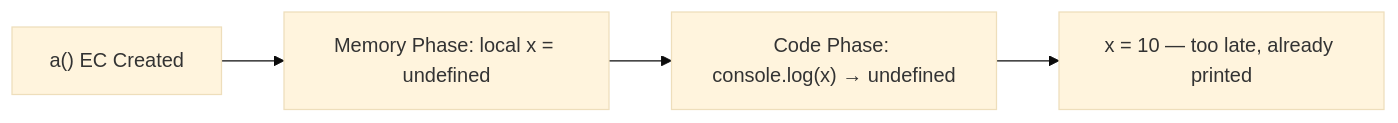
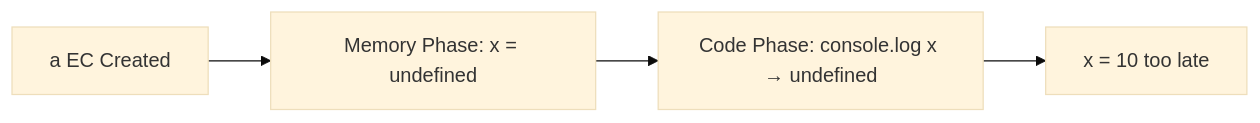
One commit to Kshitijgul/Notes changed the fourth of 30 diagrams in Javascript/Chapter5_Functions.md. Above: the diagram before and after it, drawn with Mermaid (base theme). The commit also changed other lines of this file and 1 other file, not shown here.

````diff
--- a/Javascript/Chapter5_Functions.md
+++ b/Javascript/Chapter5_Functions.md
@@ -351,6 +189,6 @@
 ```mermaid
 flowchart LR
-    A["a() EC Created"] --> B["Memory Phase: local x = undefined"]
-    B --> C["Code Phase: console.log(x) → undefined"]
-    C --> D["x = 10 — too late, already printed"]
+    A["a EC Created"] --> B["Memory Phase: x = undefined"]
+    B --> C["Code Phase: console.log x → undefined"]
+    C --> D["x = 10 too late"]
 ```
````
